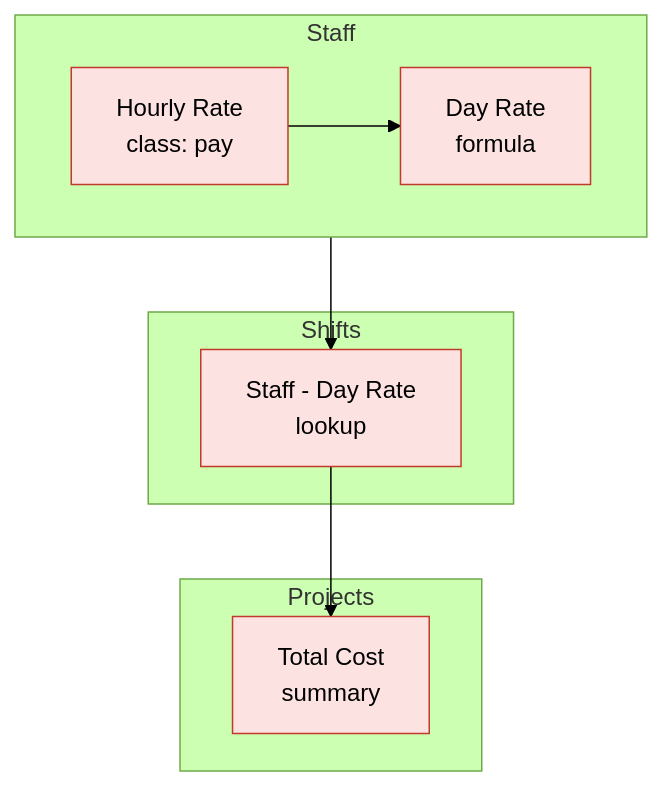
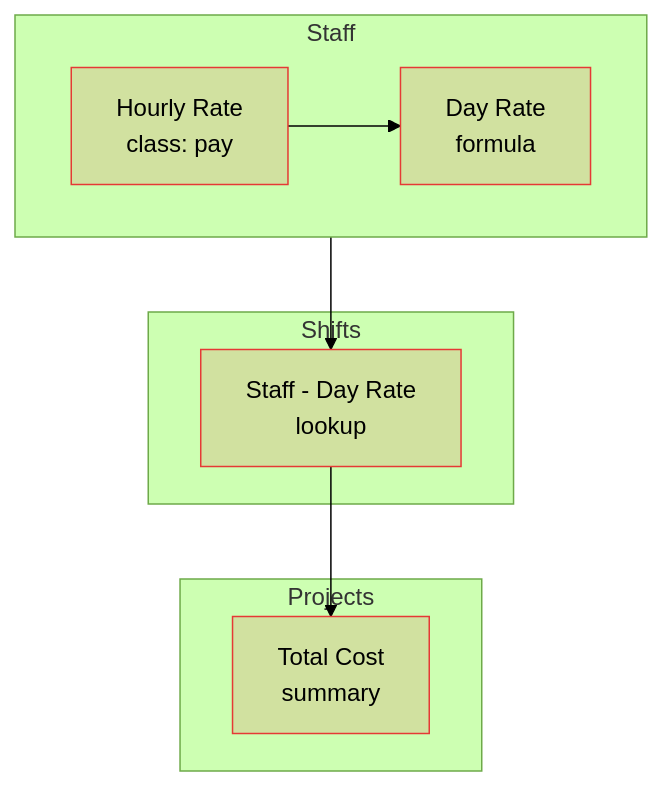
One commit to matthew-williams-solutions/pyquickbase changed the diagram in docs/policies/classes.md. Above: the diagram before and after it, drawn with Mermaid (forest theme). The commit also changed 8 other files, not shown here.

First line of the commit message:
Simplify the docs diagrams, and add overviews of how a policy works

````diff
--- a/docs/policies/classes.md
+++ b/docs/policies/classes.md
@@ -15,16 +15,16 @@
 ```mermaid
 flowchart TD
     subgraph Staff
         direction LR
         H["Hourly Rate<br/>class: pay"] --> D["Day Rate<br/>formula"]
     end
     subgraph Shifts
         L["Staff - Day Rate<br/>lookup"]
     end
     subgraph Projects
         T["Total Cost<br/>summary"]
     end
     D --> L --> T
-    classDef pay fill:#fde2e2,stroke:#c0392b,color:#000
+    classDef pay fill:#e5393526,stroke:#e53935
     class H,D,L,T pay
 ```
````
